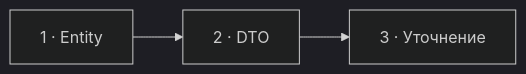
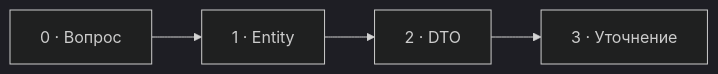
One commit to savinmikhail/php-backend-interview-video changed the diagram in episodes/841862-1payment/visual-plans/22-dto-vs-entity.md. Above: the diagram before and after it, drawn with Mermaid (dark theme). The commit also changed other lines of this file and 4 other files, not shown here.

Commit message:
Add DTO versus Entity question card

````diff
--- a/episodes/841862-1payment/visual-plans/22-dto-vs-entity.md
+++ b/episodes/841862-1payment/visual-plans/22-dto-vs-entity.md
@@ -44,4 +46,4 @@
 ```mermaid
 flowchart LR
-  E["1 · Entity"] --> D["2 · DTO"] --> C["3 · Уточнение"]
+  Q["0 · Вопрос"] --> E["1 · Entity"] --> D["2 · DTO"] --> C["3 · Уточнение"]
 ```
````
